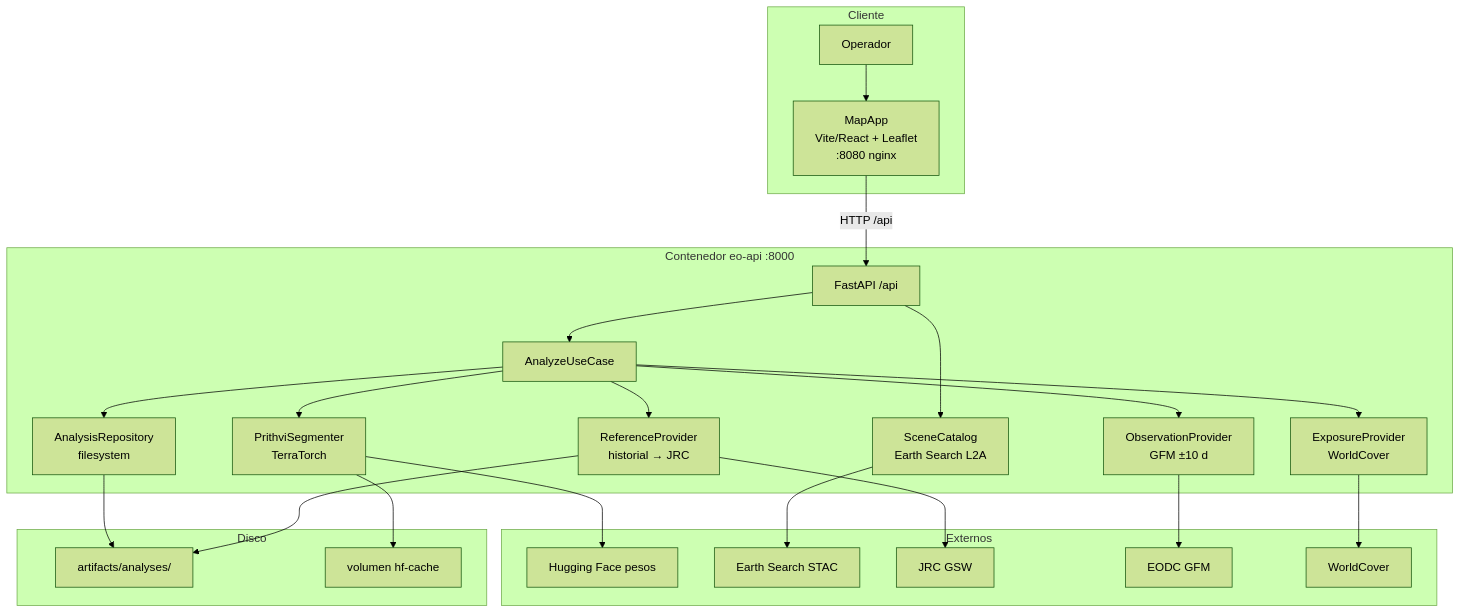
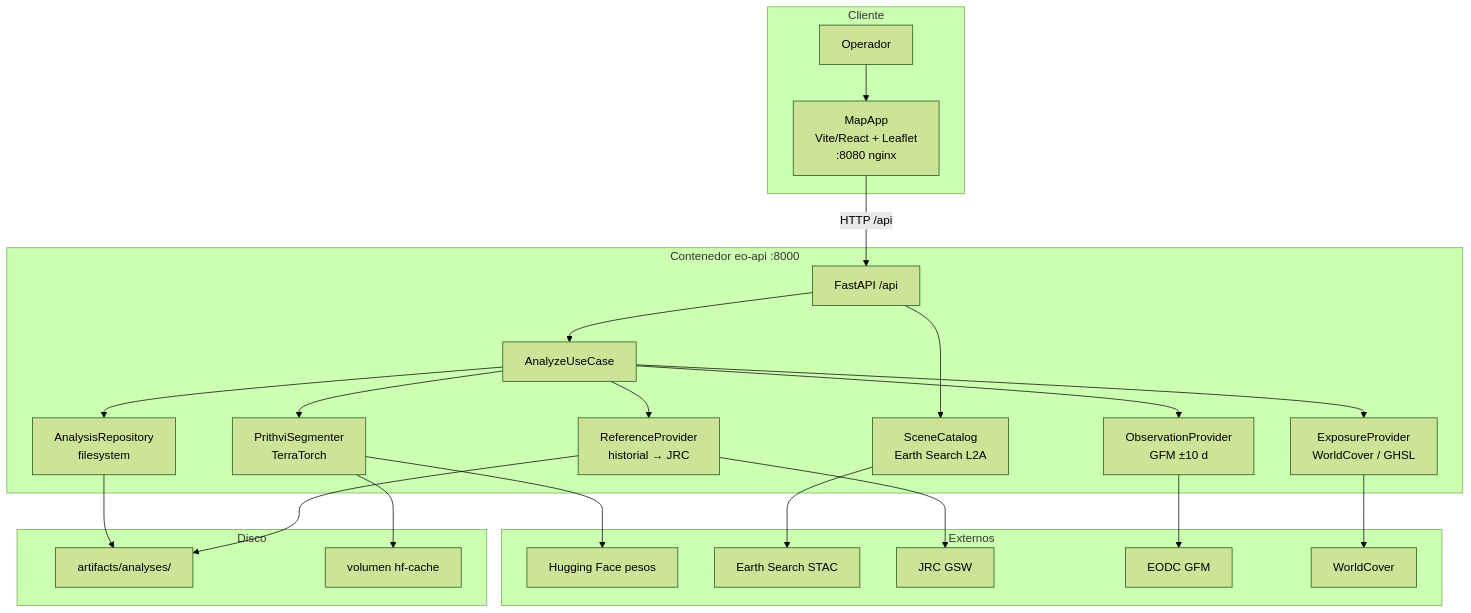
One commit to Charlsz/Tune changed the first of 6 diagrams in docs/InformeFinal.md. Above: the diagram before and after it, drawn with Mermaid (forest theme). The commit also changed other lines of this file and 4 other files, not shown here.

````diff
--- a/docs/InformeFinal.md
+++ b/docs/InformeFinal.md
@@ -122,49 +122,49 @@
 ```mermaid
 flowchart TB
   subgraph Cliente
     U[Operador]
     W["MapApp<br/>Vite/React + Leaflet<br/>:8080 nginx"]
   end
 
   subgraph Contenedor_API["Contenedor eo-api :8000"]
     API["FastAPI /api"]
     UC["AnalyzeUseCase"]
     SEG["PrithviSegmenter<br/>TerraTorch"]
     REF["ReferenceProvider<br/>historial → JRC"]
     OBS["ObservationProvider<br/>GFM ±10 d"]
-    EXP["ExposureProvider<br/>WorldCover"]
+    EXP["ExposureProvider<br/>WorldCover / GHSL"]
     CAT["SceneCatalog<br/>Earth Search L2A"]
     REPO["AnalysisRepository<br/>filesystem"]
   end
 
   subgraph Externos
     HF[Hugging Face pesos]
     ES[Earth Search STAC]
     JRC["JRC GSW"]
     GFM["EODC GFM"]
     WC["WorldCover"]
   end
 
   subgraph Disco
     ART["artifacts/analyses/"]
     CACHE["volumen hf-cache"]
   end
 
   U --> W
   W -->|"HTTP /api"| API
   API --> UC
   API --> CAT
   UC --> SEG
   UC --> REF
   UC --> OBS
   UC --> EXP
   UC --> REPO
   CAT --> ES
   SEG --> HF
   SEG --> CACHE
   REF --> JRC
   REF --> ART
   OBS --> GFM
   EXP --> WC
   REPO --> ART
 ```
````
